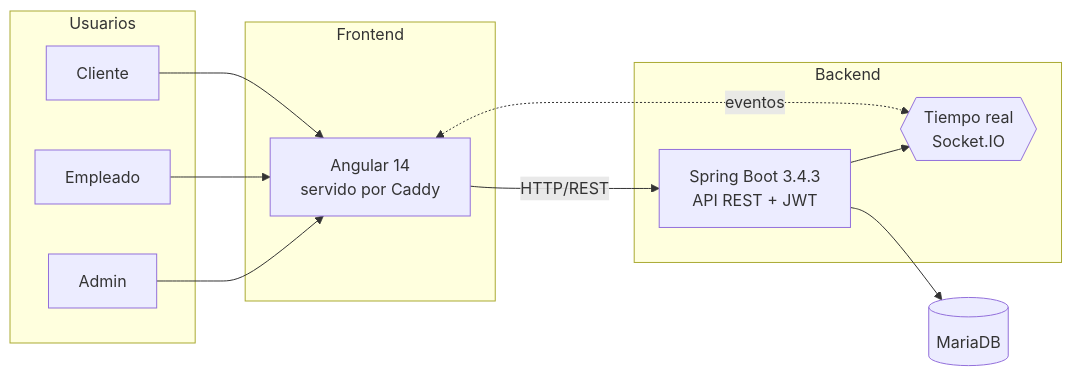
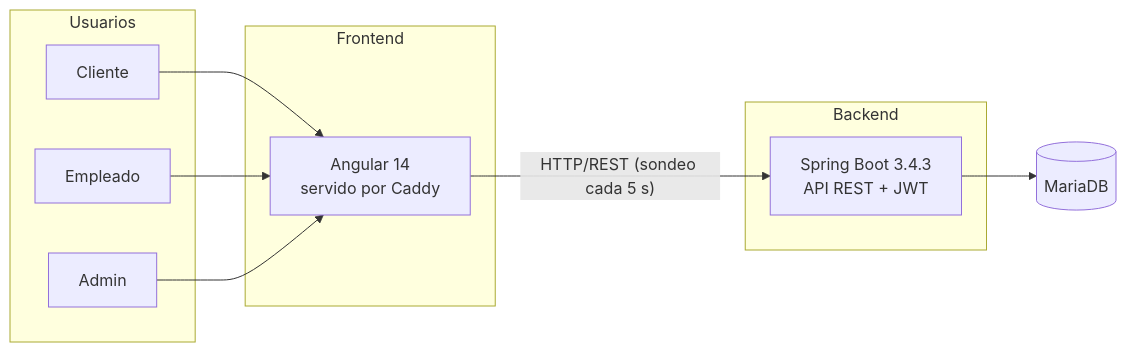
Before and after one commit to juanparejog/BarHub2.0: the diagram in docs/README.md, drawn with Mermaid. The commit also changed other lines of this file and 13 other files, not shown here.

````diff
--- a/docs/README.md
+++ b/docs/README.md
@@ -30,25 +30,22 @@
 ```mermaid
 flowchart LR
     subgraph Usuarios
-        C[ Cliente]
-        E[ Empleado]
-        A[ Admin]
+        C[Cliente]
+        E[Empleado]
+        A[Admin]
     end
 
     subgraph Frontend
         F[Angular 14<br/>servido por Caddy]
     end
 
     subgraph Backend
         API[Spring Boot 3.4.3<br/>API REST + JWT]
-        WS{{Tiempo real<br/>Socket.IO}}
     end
 
     DB[(MariaDB)]
 
     C & E & A --> F
-    F -- HTTP/REST --> API
-    F <-. eventos .-> WS
+    F -- "HTTP/REST (sondeo cada 5 s)" --> API
     API --> DB
-    API --> WS
 ```
````
